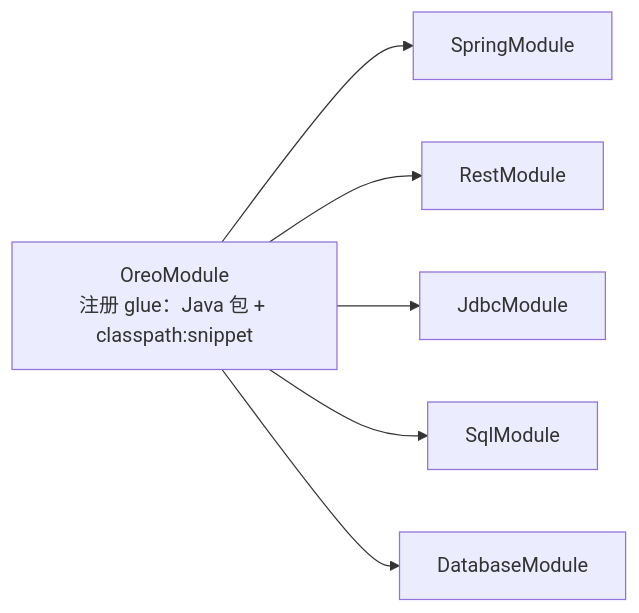
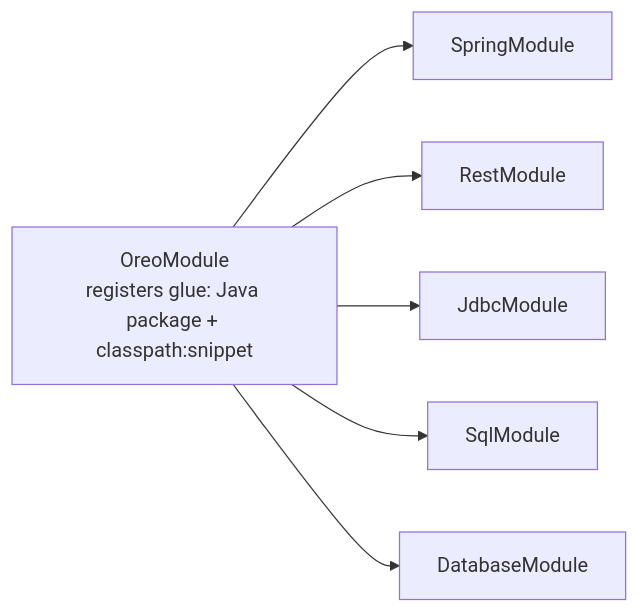
The second of 6 diagrams in docs/demo/oreo-kt-confluence.md (Hellen-Zhu/Oreo-e2e), drawn with Mermaid before and after one commit. The commit also changed other lines of this file and 1 other file, not shown here.

````diff
--- a/docs/demo/oreo-kt-confluence.md
+++ b/docs/demo/oreo-kt-confluence.md
@@ -119,8 +130,8 @@
 ```mermaid
 flowchart LR
-    O["OreoModule<br/>注册 glue：Java 包 + classpath:snippet"] --> SP[SpringModule]
+    O["OreoModule<br/>registers glue: Java package + classpath:snippet"] --> SP[SpringModule]
     O --> R[RestModule]
     O --> J[JdbcModule]
     O --> SQ[SqlModule]
     O --> DB[DatabaseModule]
 ```
````
